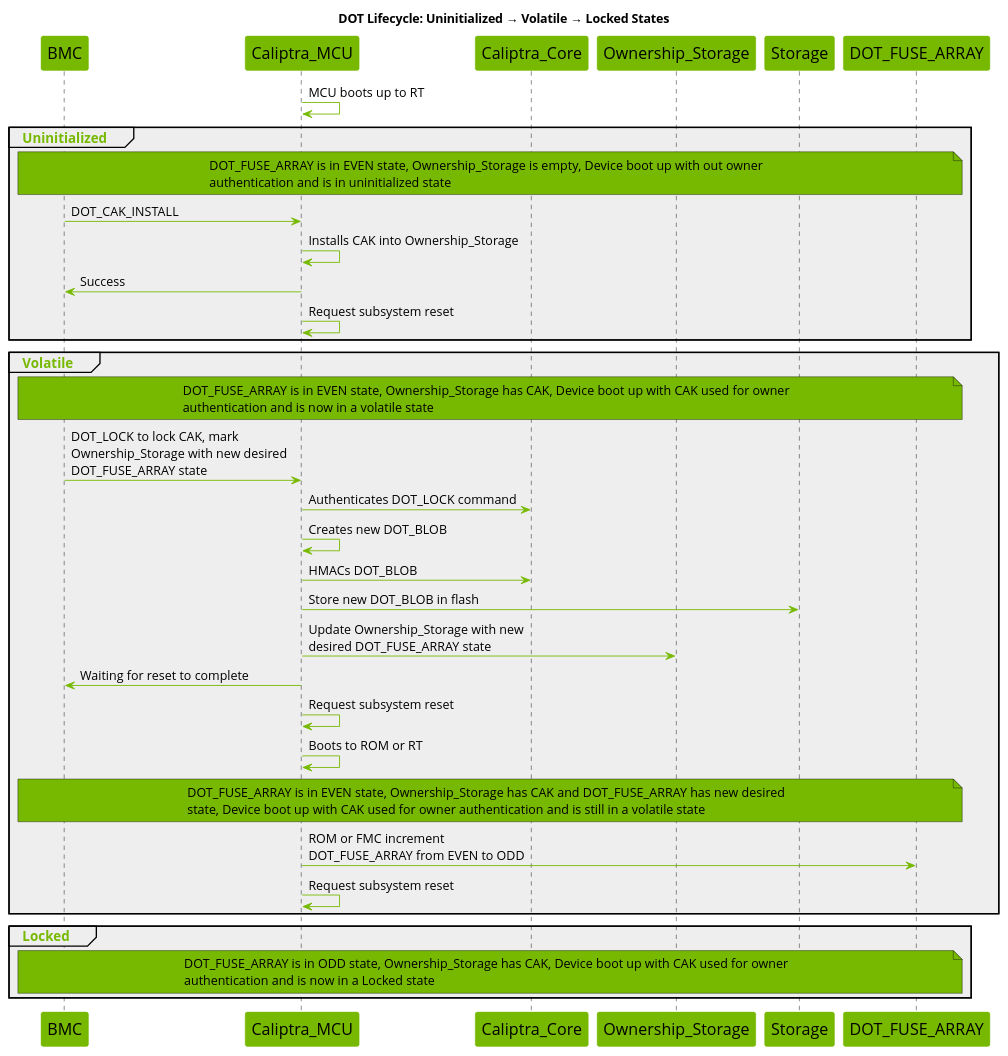
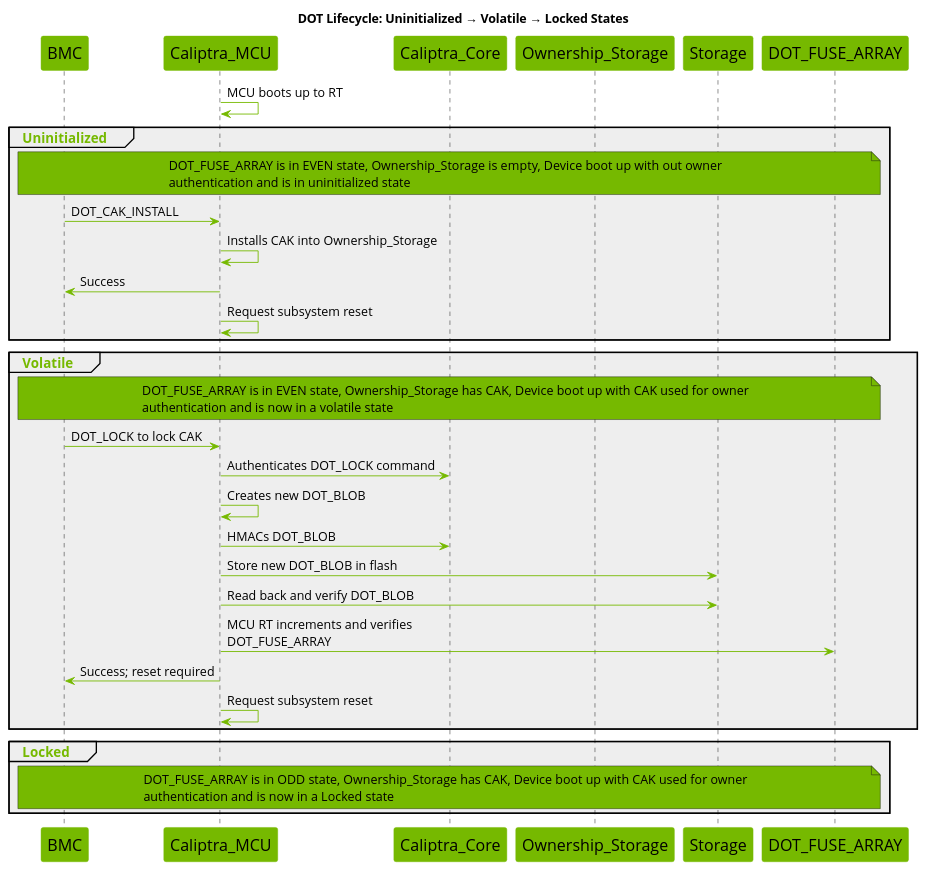
The sixth of 9 diagrams in docs/src/dot.md (chipsalliance/caliptra-mcu-sw), drawn with PlantUML before and after one commit. The commit also changed other lines of this file and 8 other files, not shown here.

Commit message:
dot: document direct runtime command flow

````diff
--- a/docs/src/dot.md
+++ b/docs/src/dot.md
@@ -877,69 +887,66 @@
 ```plantuml
 @startuml
 
 title DOT Lifecycle: Uninitialized → Volatile → Locked States
 
 skinparam maxMessageSize 250
 skinparam wrapWidth 700
 skinparam backgroundColor white
 skinparam NoteBackgroundColor #76b900
 skinparam NoteFontSize 14
 skinparam SequenceGroupBodyBackgroundColor #EEEEEE
 skinparam defaultFontName Open Sans
 
 skinparam sequence {
     ArrowColor #76b900
     ActorBorderColor #76b900
     LifeLineBorderColor #000000
     LifeLineBackgroundColor #76b900
     GroupHeaderFontsize 15
     GroupHeaderFontColor #76b900
     GroupFontSize 15
     GroupFontColor #76b900
     ArrowFontSize 15
     ParticipantBorderColor #76b900
     ParticipantBackgroundColor #76b900
     ParticipantFontSize 18
     ParticipantFontColor black
     ArrowFontSize 14
 }
 
 participant BMC
 participant Caliptra_MCU
 participant Caliptra_Core
 participant Ownership_Storage
 participant Storage
 participant DOT_FUSE_ARRAY
 
 Caliptra_MCU -> Caliptra_MCU : MCU boots up to RT
 
 group Uninitialized
     note across : DOT_FUSE_ARRAY is in EVEN state, Ownership_Storage is empty, Device boot up with out owner authentication and is in uninitialized state
     BMC -> Caliptra_MCU : DOT_CAK_INSTALL
     Caliptra_MCU -> Caliptra_MCU : Installs CAK into Ownership_Storage
     Caliptra_MCU -> BMC : Success
     Caliptra_MCU -> Caliptra_MCU : Request subsystem reset
 end
 
 group Volatile
     note across : DOT_FUSE_ARRAY is in EVEN state, Ownership_Storage has CAK, Device boot up with CAK used for owner authentication and is now in a volatile state
-    BMC -> Caliptra_MCU : DOT_LOCK to lock CAK, mark Ownership_Storage with new desired DOT_FUSE_ARRAY state
+    BMC -> Caliptra_MCU : DOT_LOCK to lock CAK
     Caliptra_MCU -> Caliptra_Core : Authenticates DOT_LOCK command
     Caliptra_MCU -> Caliptra_MCU : Creates new DOT_BLOB
     Caliptra_MCU -> Caliptra_Core : HMACs DOT_BLOB
     Caliptra_MCU -> Storage : Store new DOT_BLOB in flash
-    Caliptra_MCU -> Ownership_Storage : Update Ownership_Storage with new desired DOT_FUSE_ARRAY state
-    Caliptra_MCU -> BMC : Waiting for reset to complete
-    Caliptra_MCU -> Caliptra_MCU : Request subsystem reset
-    Caliptra_MCU -> Caliptra_MCU : Boots to ROM or RT
-    note across : DOT_FUSE_ARRAY is in EVEN state, Ownership_Storage has CAK and DOT_FUSE_ARRAY has new desired state, Device boot up with CAK used for owner authentication and is still in a volatile state
-    Caliptra_MCU -> DOT_FUSE_ARRAY : ROM or FMC increment DOT_FUSE_ARRAY from EVEN to ODD
+    Caliptra_MCU -> Storage : Read back and verify DOT_BLOB
+    Caliptra_MCU -> DOT_FUSE_ARRAY : MCU RT increments and verifies DOT_FUSE_ARRAY
+    Caliptra_MCU -> BMC : Success; reset required
     Caliptra_MCU -> Caliptra_MCU : Request subsystem reset
 end
 
 group Locked
     note across : DOT_FUSE_ARRAY is in ODD state, Ownership_Storage has CAK, Device boot up with CAK used for owner authentication and is now in a Locked state
 end
 
 @enduml
 ```
````
